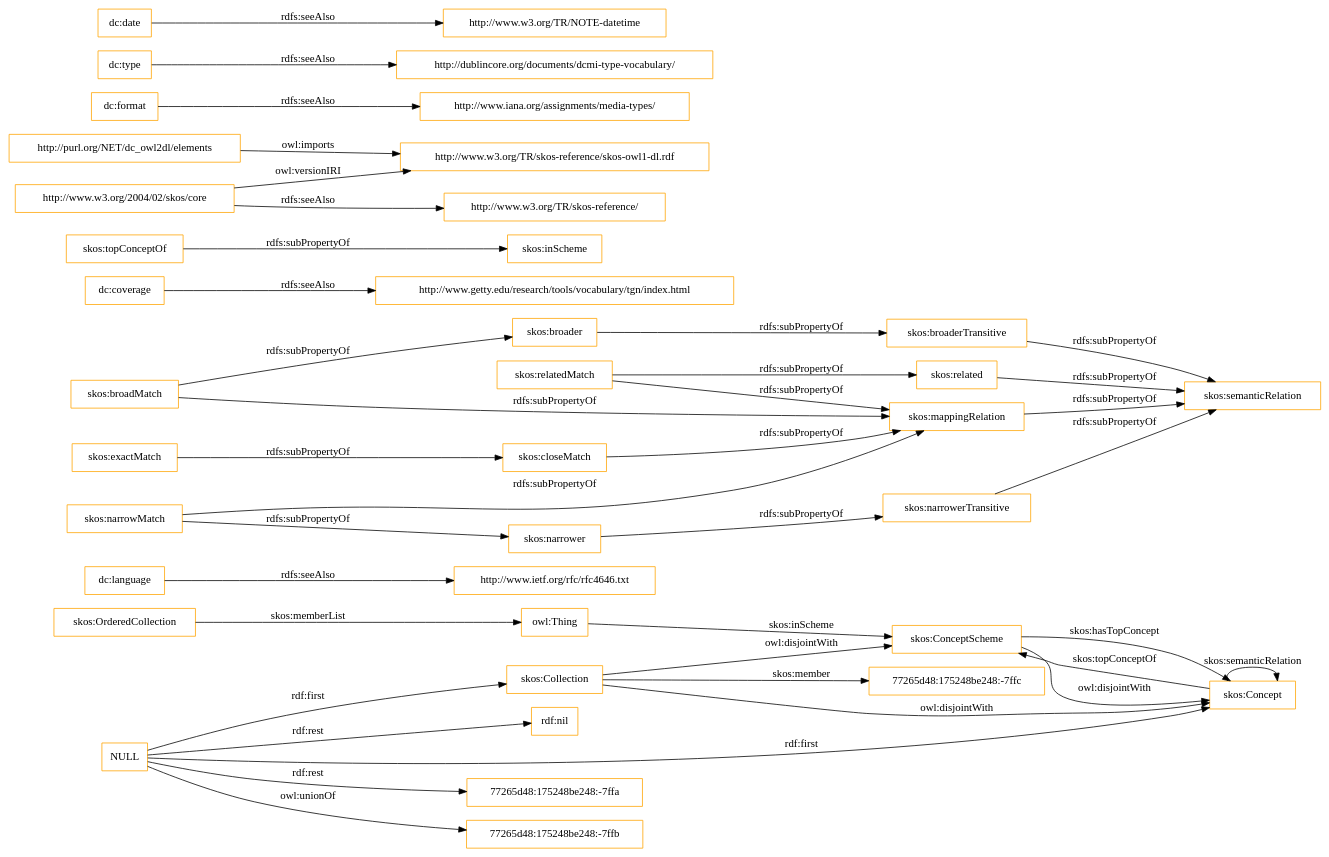
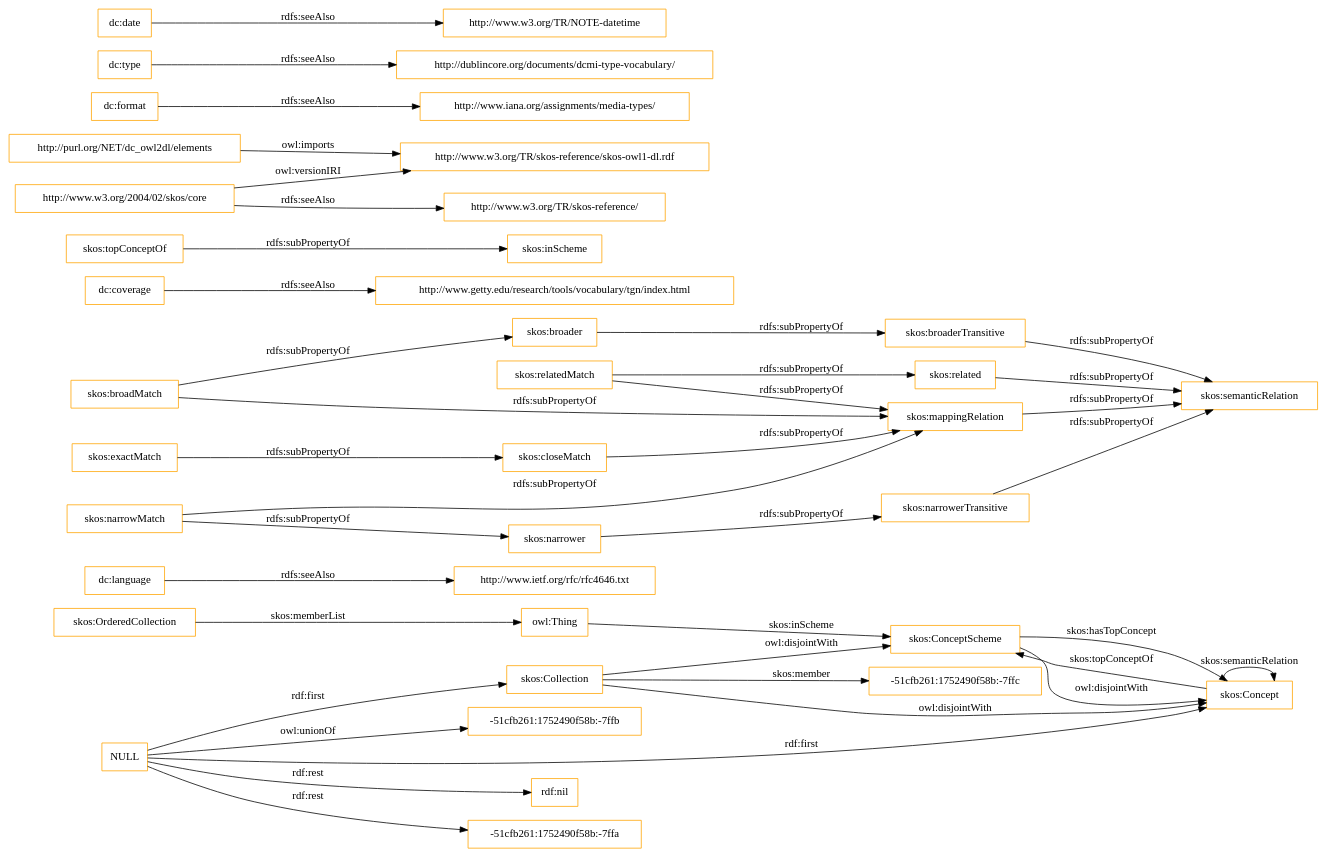
The diagram in OnToology/imports/elements.owl/diagrams/ar2dtool-class/elements.owl.png.dot (OnToologyUser/core-ontology-1), drawn with Graphviz before and after one commit. The commit also changed 14 other files, not shown here.

```diff
--- a/OnToology/imports/elements.owl/diagrams/ar2dtool-class/elements.owl.png.dot
+++ b/OnToology/imports/elements.owl/diagrams/ar2dtool-class/elements.owl.png.dot
@@ -1,43 +1,43 @@
 digraph ar2dtool_diagram { 
 rankdir=LR;
 size="1501"
-node [shape = rectangle, color="orange"]; "77265d48:175248be248:-7ffc" "skos:OrderedCollection" "skos:Collection" "skos:ConceptScheme" "skos:Concept" ; /*classes style*/
+node [shape = rectangle, color="orange"]; "-51cfb261:1752490f58b:-7ffc" "skos:OrderedCollection" "skos:Collection" "skos:ConceptScheme" "skos:Concept" ; /*classes style*/
 	"dc:language" -> "http://www.ietf.org/rfc/rfc4646.txt" [ label = "rdfs:seeAlso" ];
-	"NULL" -> "77265d48:175248be248:-7ffa" [ label = "rdf:rest" ];
-	"NULL" -> "skos:Concept" [ label = "rdf:first" ];
-	"NULL" -> "77265d48:175248be248:-7ffb" [ label = "owl:unionOf" ];
 	"NULL" -> "rdf:nil" [ label = "rdf:rest" ];
 	"NULL" -> "skos:Collection" [ label = "rdf:first" ];
+	"NULL" -> "-51cfb261:1752490f58b:-7ffa" [ label = "rdf:rest" ];
+	"NULL" -> "skos:Concept" [ label = "rdf:first" ];
+	"NULL" -> "-51cfb261:1752490f58b:-7ffb" [ label = "owl:unionOf" ];
 	"skos:closeMatch" -> "skos:mappingRelation" [ label = "rdfs:subPropertyOf" ];
 	"dc:coverage" -> "http://www.getty.edu/research/tools/vocabulary/tgn/index.html" [ label = "rdfs:seeAlso" ];
 	"skos:relatedMatch" -> "skos:related" [ label = "rdfs:subPropertyOf" ];
 	"skos:relatedMatch" -> "skos:mappingRelation" [ label = "rdfs:subPropertyOf" ];
 	"skos:ConceptScheme" -> "skos:Concept" [ label = "owl:disjointWith" ];
 	"skos:related" -> "skos:semanticRelation" [ label = "rdfs:subPropertyOf" ];
 	"skos:topConceptOf" -> "skos:inScheme" [ label = "rdfs:subPropertyOf" ];
 	"skos:broadMatch" -> "skos:broader" [ label = "rdfs:subPropertyOf" ];
 	"skos:broadMatch" -> "skos:mappingRelation" [ label = "rdfs:subPropertyOf" ];
 	"http://purl.org/NET/dc_owl2dl/elements" -> "http://www.w3.org/TR/skos-reference/skos-owl1-dl.rdf" [ label = "owl:imports" ];
 	"skos:exactMatch" -> "skos:closeMatch" [ label = "rdfs:subPropertyOf" ];
 	"dc:format" -> "http://www.iana.org/assignments/media-types/" [ label = "rdfs:seeAlso" ];
 	"skos:broaderTransitive" -> "skos:semanticRelation" [ label = "rdfs:subPropertyOf" ];
 	"dc:type" -> "http://dublincore.org/documents/dcmi-type-vocabulary/" [ label = "rdfs:seeAlso" ];
 	"skos:broader" -> "skos:broaderTransitive" [ label = "rdfs:subPropertyOf" ];
 	"skos:mappingRelation" -> "skos:semanticRelation" [ label = "rdfs:subPropertyOf" ];
 	"http://www.w3.org/2004/02/skos/core" -> "http://www.w3.org/TR/skos-reference/skos-owl1-dl.rdf" [ label = "owl:versionIRI" ];
 	"http://www.w3.org/2004/02/skos/core" -> "http://www.w3.org/TR/skos-reference/" [ label = "rdfs:seeAlso" ];
 	"skos:Collection" -> "skos:ConceptScheme" [ label = "owl:disjointWith" ];
 	"skos:Collection" -> "skos:Concept" [ label = "owl:disjointWith" ];
 	"skos:narrowMatch" -> "skos:narrower" [ label = "rdfs:subPropertyOf" ];
 	"skos:narrowMatch" -> "skos:mappingRelation" [ label = "rdfs:subPropertyOf" ];
 	"skos:narrower" -> "skos:narrowerTransitive" [ label = "rdfs:subPropertyOf" ];
 	"dc:date" -> "http://www.w3.org/TR/NOTE-datetime" [ label = "rdfs:seeAlso" ];
 	"skos:narrowerTransitive" -> "skos:semanticRelation" [ label = "rdfs:subPropertyOf" ];
 	"skos:OrderedCollection" -> "owl:Thing" [ label = "skos:memberList" ];
 	"skos:Concept" -> "skos:ConceptScheme" [ label = "skos:topConceptOf" ];
 	"skos:Concept" -> "skos:Concept" [ label = "skos:semanticRelation" ];
-	"skos:Collection" -> "77265d48:175248be248:-7ffc" [ label = "skos:member" ];
+	"skos:Collection" -> "-51cfb261:1752490f58b:-7ffc" [ label = "skos:member" ];
 	"skos:ConceptScheme" -> "skos:Concept" [ label = "skos:hasTopConcept" ];
 	"owl:Thing" -> "skos:ConceptScheme" [ label = "skos:inScheme" ];
 
 }
```
